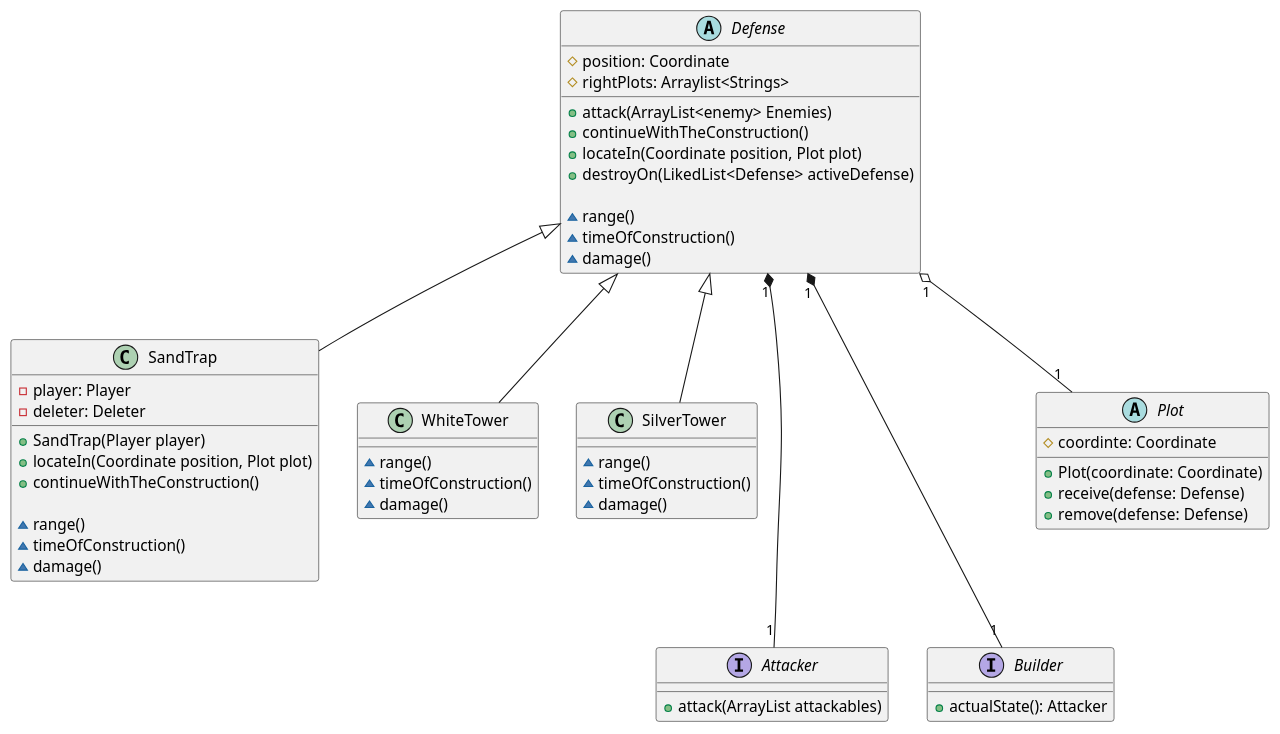
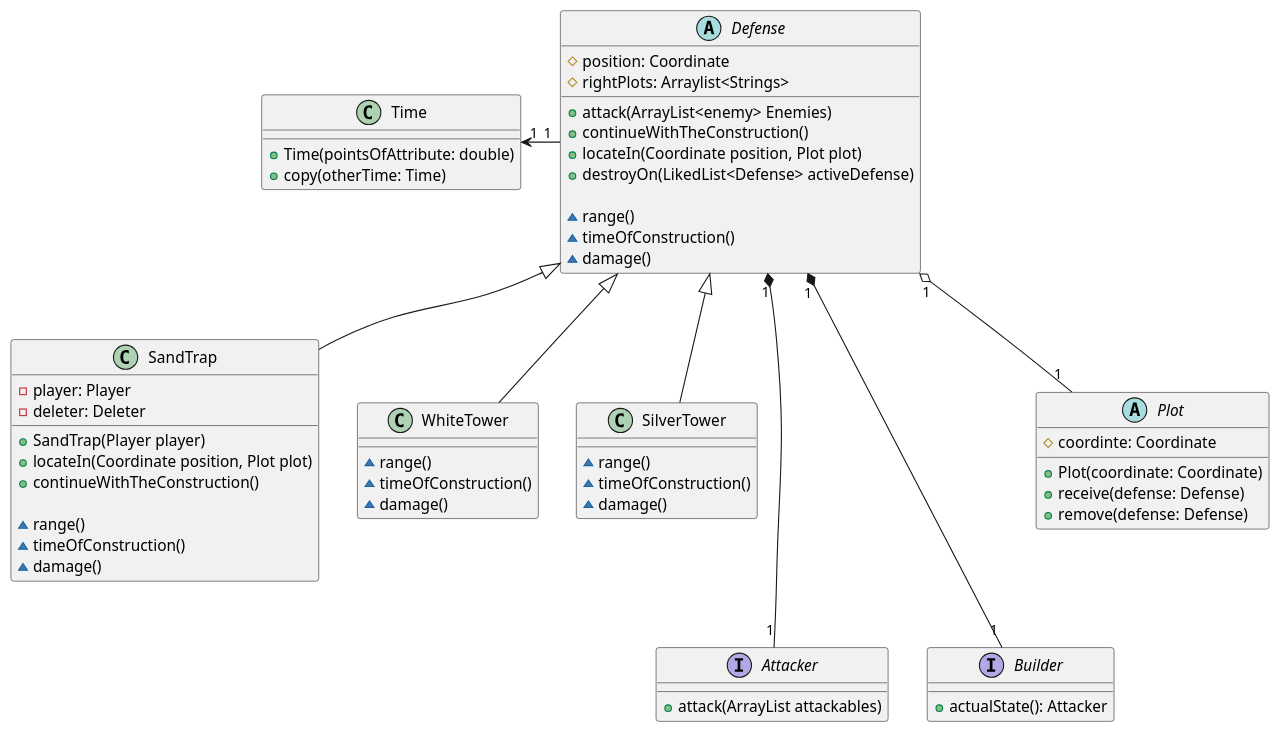
The diagram in diagrams/UMLClasses/DefensesClassDiagram.puml (MiguelMetz1/algo3_tp2), drawn with PlantUML before and after one commit. The commit also changed 1 other file, not shown here.

Commit message:
#1 refactor on diagram class according to new model code

```diff
--- a/diagrams/UMLClasses/DefensesClassDiagram.puml
+++ b/diagrams/UMLClasses/DefensesClassDiagram.puml
@@ -1,88 +1,97 @@
 @startuml
 
 abstract Defense{
 
     #position: Coordinate
     #rightPlots: Arraylist<Strings>
 
     +attack(ArrayList<enemy> Enemies)
     +continueWithTheConstruction()
     +locateIn(Coordinate position, Plot plot)
     +destroyOn(LikedList<Defense> activeDefense)
 
     ~range()
     ~timeOfConstruction()
     ~damage()
 
 
 
 
 
 }
 
 class SandTrap {
     -player: Player
     -deleter: Deleter
 
     +SandTrap(Player player)
     +locateIn(Coordinate position, Plot plot)
     +continueWithTheConstruction()
 
     ~range()
     ~timeOfConstruction()
     ~damage()
 
 
 }
 
 class WhiteTower{
     ~range()
     ~timeOfConstruction()
     ~damage()
 }
 
 class SilverTower{
     ~range()
     ~timeOfConstruction()
     ~damage()
 }
 
 Defense <|-- SandTrap
 Defense <|-- WhiteTower
 Defense <|-- SilverTower
 
 
 interface Attacker {
 
     +attack(ArrayList attackables)
 }
 
 
 Defense"1" *--- "1"Attacker
 
 
 interface Builder{
     +actualState(): Attacker
 }
 
 Defense"1" *---"1" Builder
 
 
 abstract Plot{
     #coordinte: Coordinate
 
     +Plot(coordinate: Coordinate)
     +receive(defense: Defense)
     +remove(defense: Defense)
 }
 
+class Time{
+
+    +Time(pointsOfAttribute: double)
+    +copy(otherTime: Time)
+
+}
+
+Time "1"<-"1" Defense
+
 
 
 
 Defense "1" o-- "1"Plot
 
 
 
 
 
 @enduml
```
